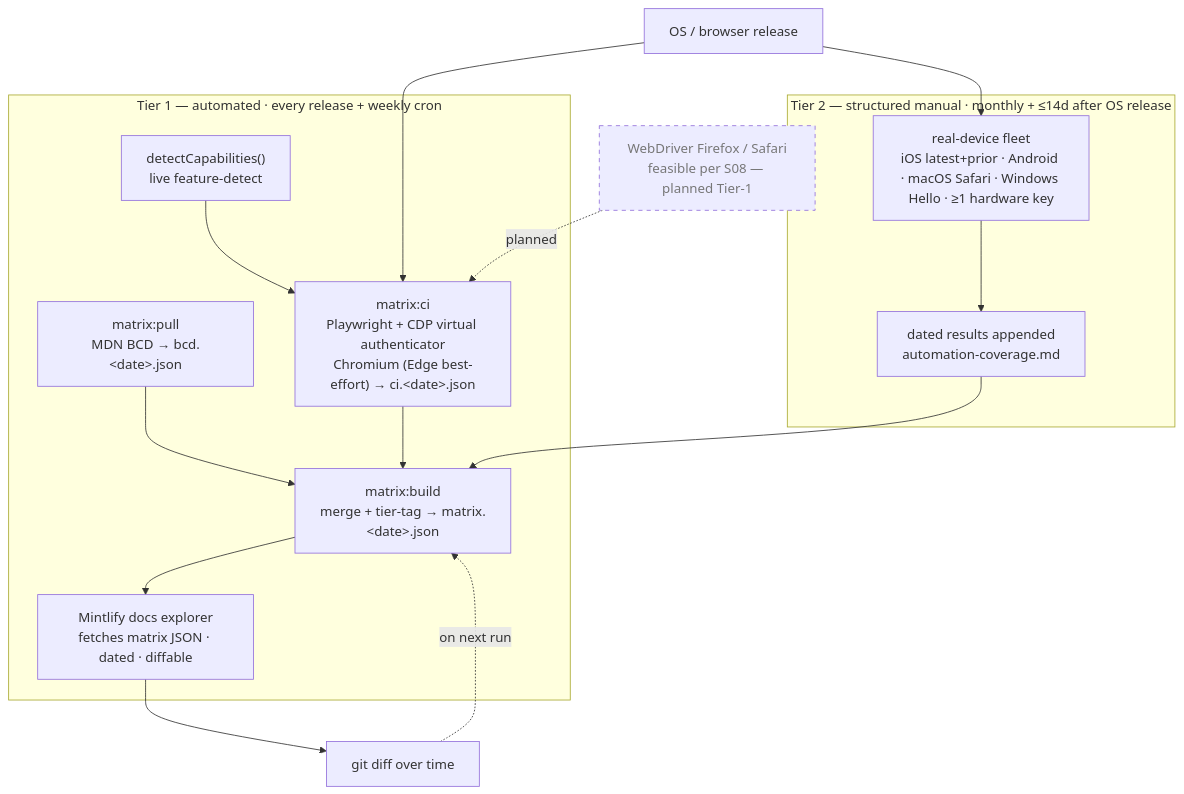
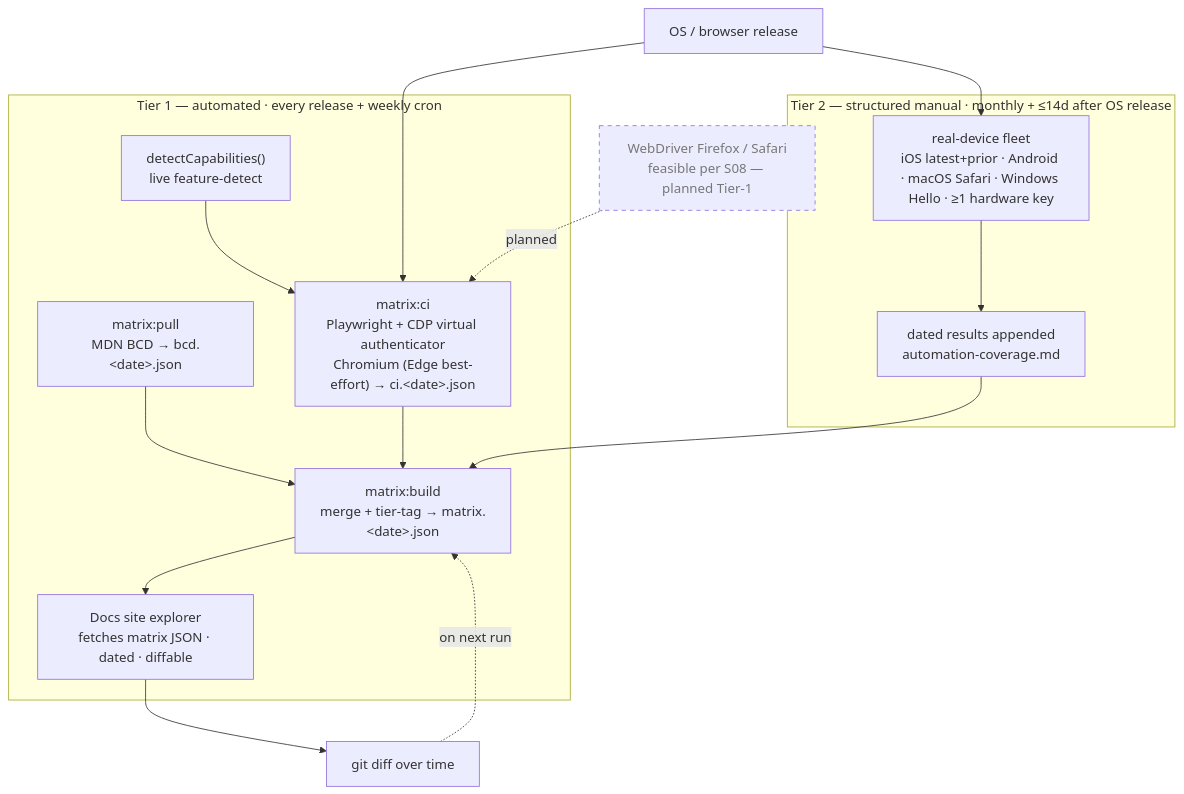
The diagram in docs/matrix/architecture.md (justmert/soropass), drawn with Mermaid before and after one commit. The commit also changed other lines of this file and 27 other files, not shown here.

````diff
--- a/docs/matrix/architecture.md
+++ b/docs/matrix/architecture.md
@@ -8,34 +8,34 @@
 ```mermaid
 flowchart TB
   OS["OS / browser release"]
 
   subgraph T1["Tier 1 — automated · every release + weekly cron"]
     BCD["matrix:pull<br/>MDN BCD → bcd.&lt;date&gt;.json"]
     LIVE["detectCapabilities()<br/>live feature-detect"]
     CI["matrix:ci<br/>Playwright + CDP virtual authenticator<br/>Chromium (Edge best-effort) → ci.&lt;date&gt;.json"]
     BUILD["matrix:build<br/>merge + tier-tag → matrix.&lt;date&gt;.json"]
-    SITE["Mintlify docs explorer<br/>fetches matrix JSON · dated · diffable"]
+    SITE["Docs site explorer<br/>fetches matrix JSON · dated · diffable"]
     BCD --> BUILD
     LIVE --> CI
     CI --> BUILD
     BUILD --> SITE
   end
 
   subgraph T2["Tier 2 — structured manual · monthly + &le;14d after OS release"]
     FLEET["real-device fleet<br/>iOS latest+prior · Android · macOS Safari · Windows Hello · &ge;1 hardware key"]
     LOG["dated results appended<br/>automation-coverage.md"]
     FLEET --> LOG
   end
 
   WD["WebDriver Firefox / Safari<br/>feasible per S08 — planned Tier-1"]
 
   OS --> CI
   OS --> FLEET
   LOG --> BUILD
   WD -. planned .-> CI
   SITE --> DIFF["git diff over time"]
   DIFF -. on next run .-> BUILD
 
   classDef planned stroke-dasharray:5 5,color:#777;
   class WD planned;
 ```
````
